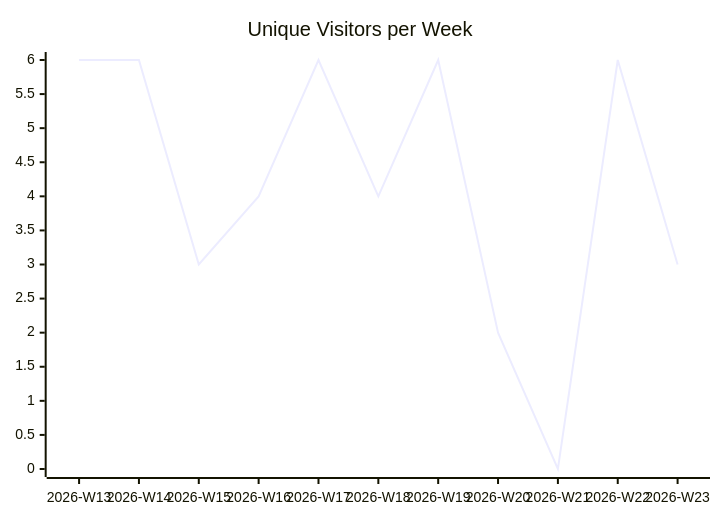
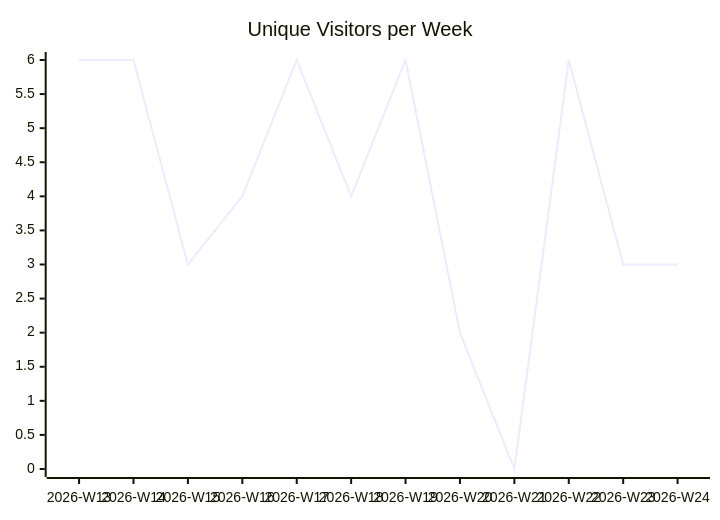
Before and after one commit to justdavis-family/github-analytics-data: the first of 3 diagrams in karlmdavis/ksoap2-android/README.md, drawn with Mermaid. The commit also changed other lines of this file and 189 other files, not shown here.

````diff
--- a/karlmdavis/ksoap2-android/README.md
+++ b/karlmdavis/ksoap2-android/README.md
@@ -5,6 +5,6 @@
 ```mermaid
 xychart-beta
   title "Unique Visitors per Week"
-  x-axis ["2026-W13", "2026-W14", "2026-W15", "2026-W16", "2026-W17", "2026-W18", "2026-W19", "2026-W20", "2026-W21", "2026-W22", "2026-W23"]
-  line [6, 6, 3, 4, 6, 4, 6, 2, 0, 6, 3]
+  x-axis ["2026-W13", "2026-W14", "2026-W15", "2026-W16", "2026-W17", "2026-W18", "2026-W19", "2026-W20", "2026-W21", "2026-W22", "2026-W23", "2026-W24"]
+  line [6, 6, 3, 4, 6, 4, 6, 2, 0, 6, 3, 3]
 ```
````
